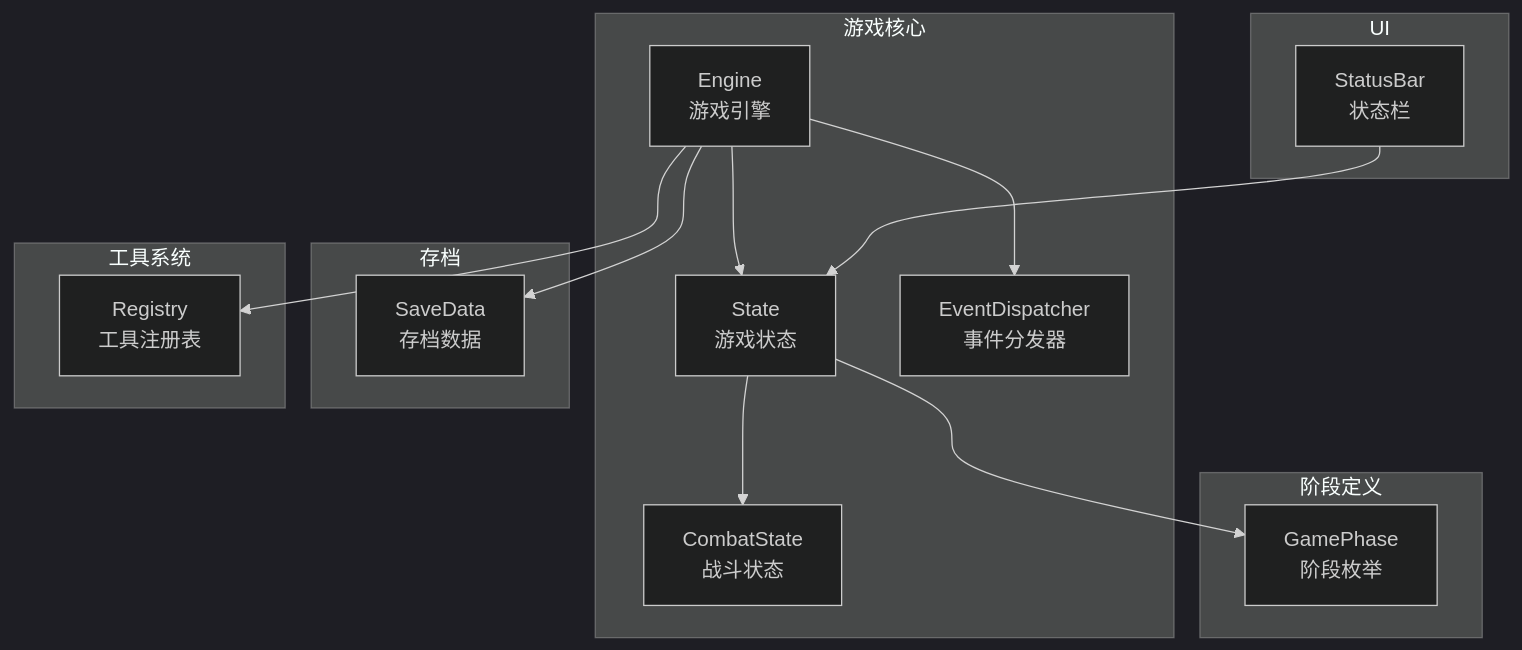
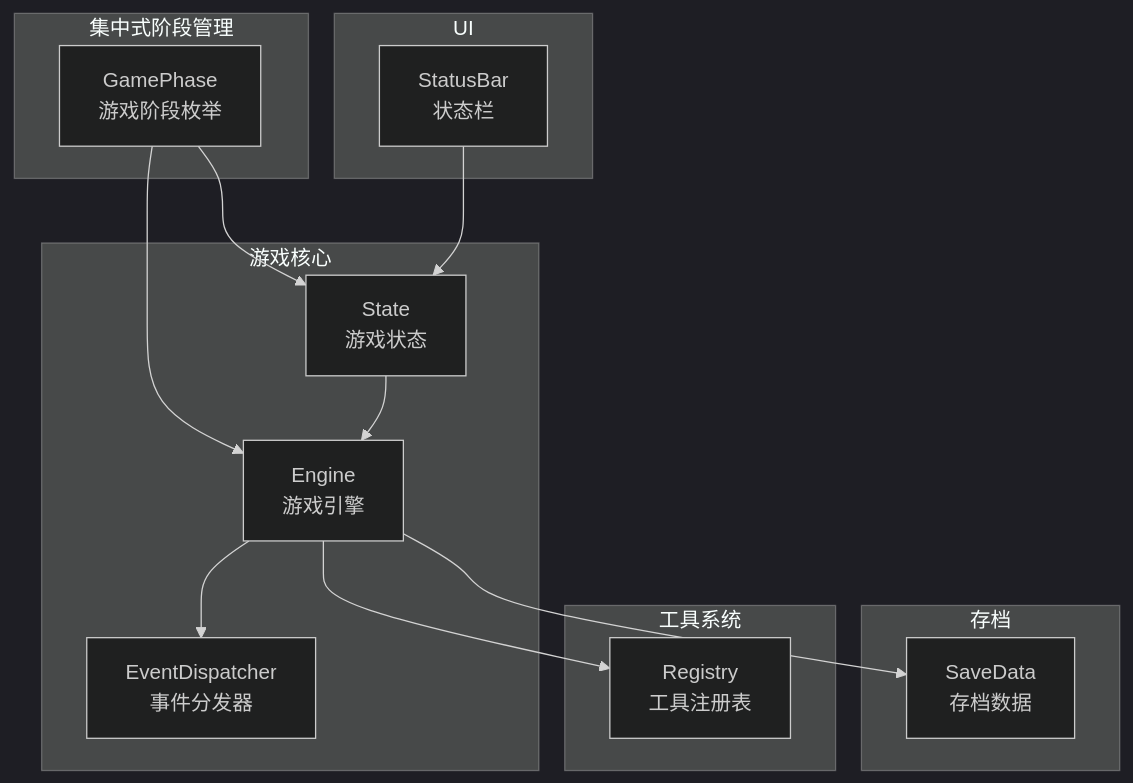
The first of 8 diagrams in .qoder/repowiki/zh/content/游戏引擎架构/游戏阶段管理.md (zwh8800/cdnd), drawn with Mermaid (dark theme) before and after one commit. The commit also changed other lines of this file and 11 other files, not shown here.

````diff
--- a/.qoder/repowiki/zh/content/游戏引擎架构/游戏阶段管理.md
+++ b/.qoder/repowiki/zh/content/游戏引擎架构/游戏阶段管理.md
@@ -42,28 +42,27 @@
 ```mermaid
 graph TB
+subgraph "集中式阶段管理"
+GP["GamePhase<br/>游戏阶段枚举"]
+end
 subgraph "游戏核心"
 S["State<br/>游戏状态"]
 E["Engine<br/>游戏引擎"]
 EV["EventDispatcher<br/>事件分发器"]
-CS["CombatState<br/>战斗状态"]
-end
-subgraph "阶段定义"
-GP["GamePhase<br/>阶段枚举"]
 end
 subgraph "存档"
 SD["SaveData<br/>存档数据"]
 end
 subgraph "工具系统"
 REG["Registry<br/>工具注册表"]
 end
 subgraph "UI"
 SB["StatusBar<br/>状态栏"]
 end
-E --> S
+GP --> S
+GP --> E
+S --> E
 E --> EV
-S --> GP
-S --> CS
 E --> SD
 E --> REG
 SB --> S
 ```
````
